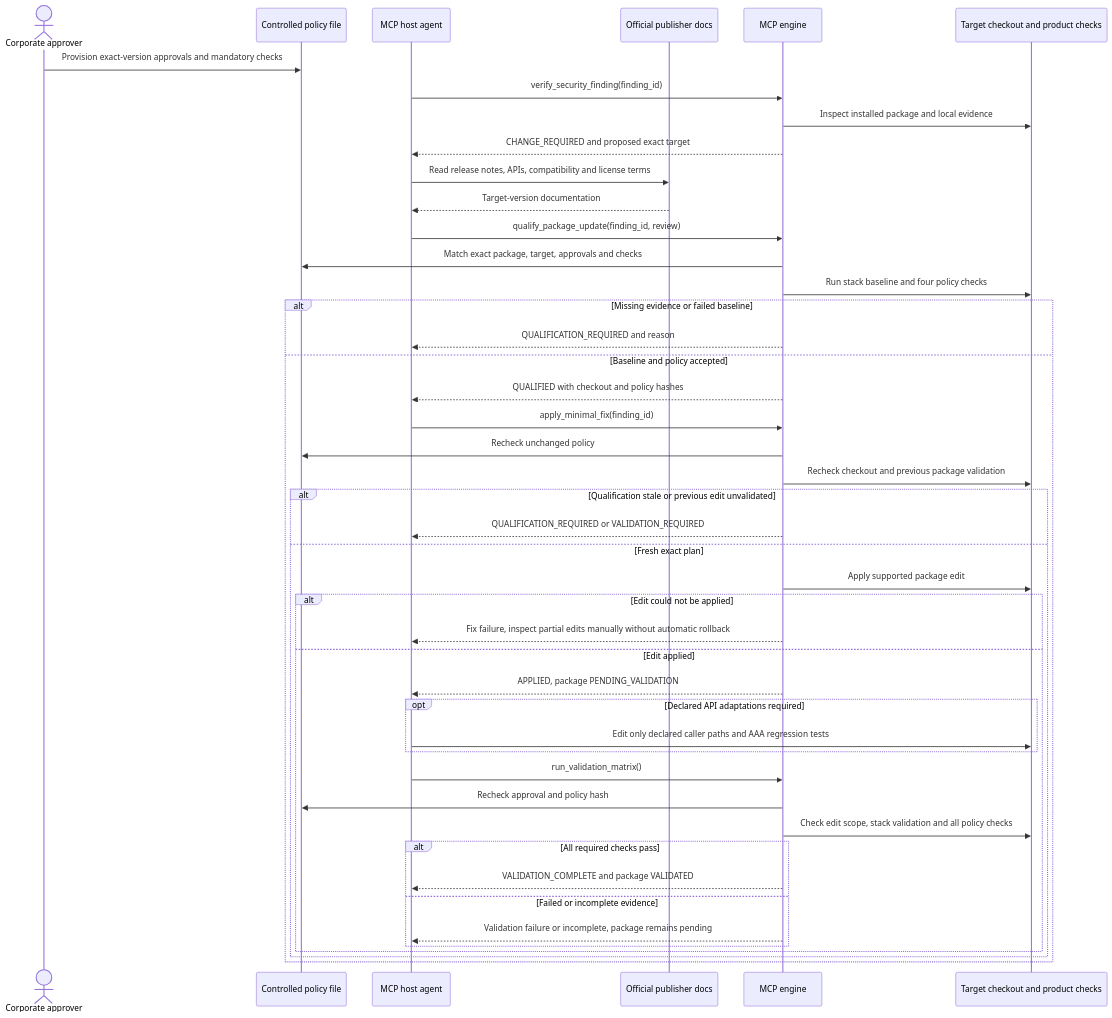
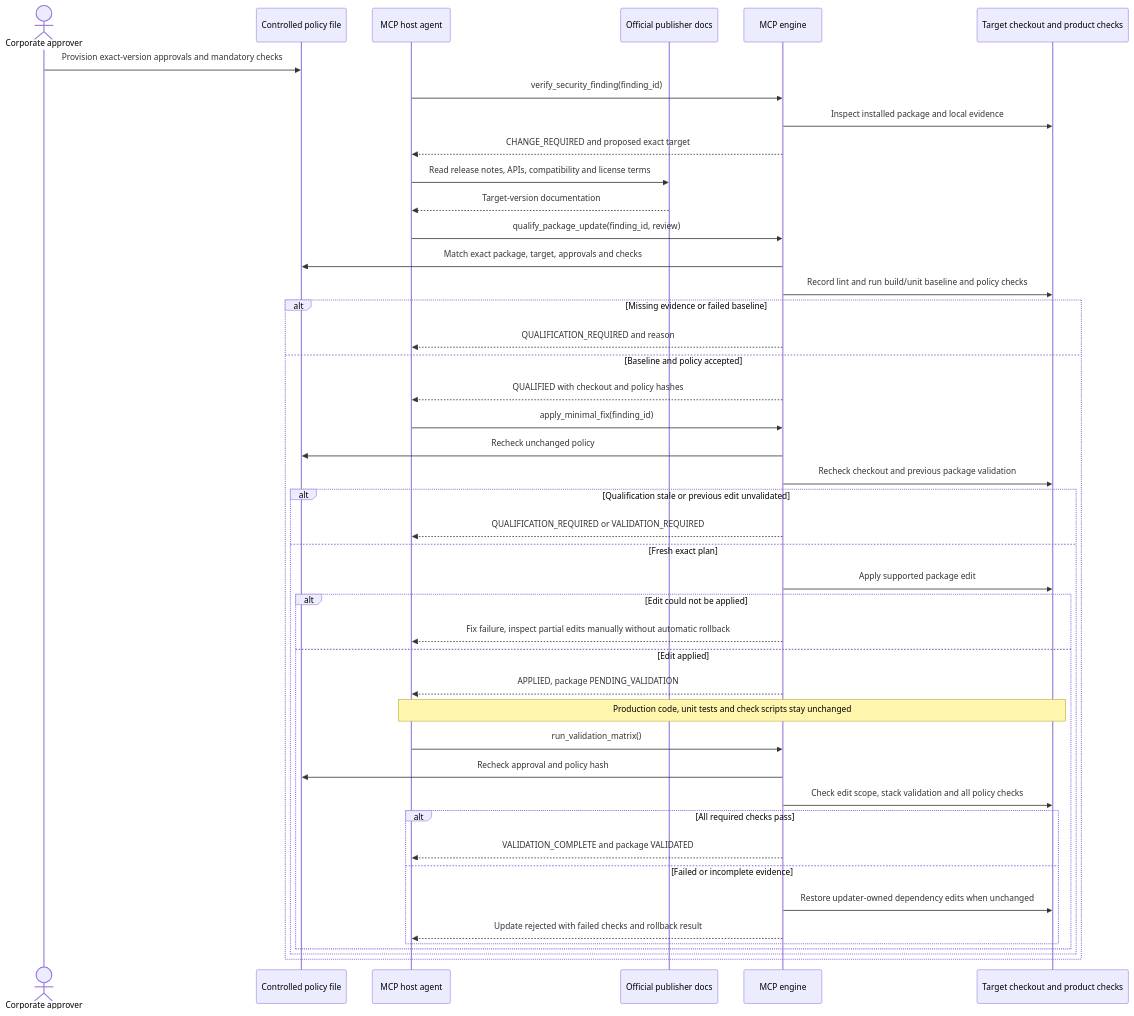
One commit to jprejsnar/security-mcp-fixer changed the fourth of 4 diagrams in README.md. Above: the diagram before and after it, drawn with Mermaid. The commit also changed other lines of this file and 10 other files, not shown here.

First line of the commit message:
Refactor package qualification and validation processes

````diff
--- a/README.md
+++ b/README.md
@@ -334,48 +340,47 @@
 ```mermaid
 sequenceDiagram
   actor Approver as Corporate approver
   participant Policy as Controlled policy file
   participant Host as MCP host agent
   participant Docs as Official publisher docs
   participant MCP as MCP engine
   participant Repo as Target checkout and product checks
 
   Approver->>Policy: Provision exact-version approvals and mandatory checks
   Host->>MCP: verify_security_finding(finding_id)
   MCP->>Repo: Inspect installed package and local evidence
   MCP-->>Host: CHANGE_REQUIRED and proposed exact target
   Host->>Docs: Read release notes, APIs, compatibility and license terms
   Docs-->>Host: Target-version documentation
   Host->>MCP: qualify_package_update(finding_id, review)
   MCP->>Policy: Match exact package, target, approvals and checks
-  MCP->>Repo: Run stack baseline and four policy checks
+  MCP->>Repo: Record lint and run build/unit baseline and policy checks
   alt Missing evidence or failed baseline
     MCP-->>Host: QUALIFICATION_REQUIRED and reason
   else Baseline and policy accepted
     MCP-->>Host: QUALIFIED with checkout and policy hashes
     Host->>MCP: apply_minimal_fix(finding_id)
     MCP->>Policy: Recheck unchanged policy
     MCP->>Repo: Recheck checkout and previous package validation
     alt Qualification stale or previous edit unvalidated
       MCP-->>Host: QUALIFICATION_REQUIRED or VALIDATION_REQUIRED
     else Fresh exact plan
       MCP->>Repo: Apply supported package edit
       alt Edit could not be applied
         MCP-->>Host: Fix failure, inspect partial edits manually without automatic rollback
       else Edit applied
         MCP-->>Host: APPLIED, package PENDING_VALIDATION
-        opt Declared API adaptations required
-          Host->>Repo: Edit only declared caller paths and AAA regression tests
-        end
+        Note over Host,Repo: Production code, unit tests and check scripts stay unchanged
         Host->>MCP: run_validation_matrix()
         MCP->>Policy: Recheck approval and policy hash
         MCP->>Repo: Check edit scope, stack validation and all policy checks
         alt All required checks pass
           MCP-->>Host: VALIDATION_COMPLETE and package VALIDATED
         else Failed or incomplete evidence
-          MCP-->>Host: Validation failure or incomplete, package remains pending
+          MCP->>Repo: Restore updater-owned dependency edits when unchanged
+          MCP-->>Host: Update rejected with failed checks and rollback result
         end
       end
     end
   end
 ```
````
